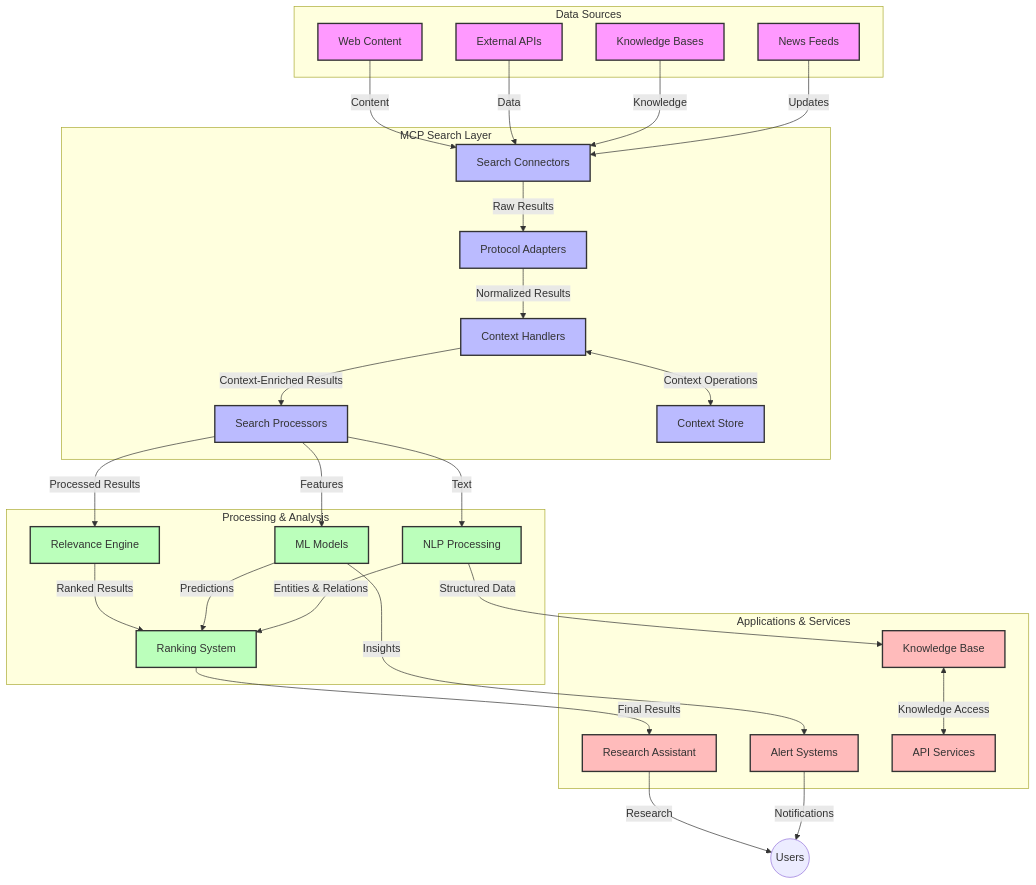
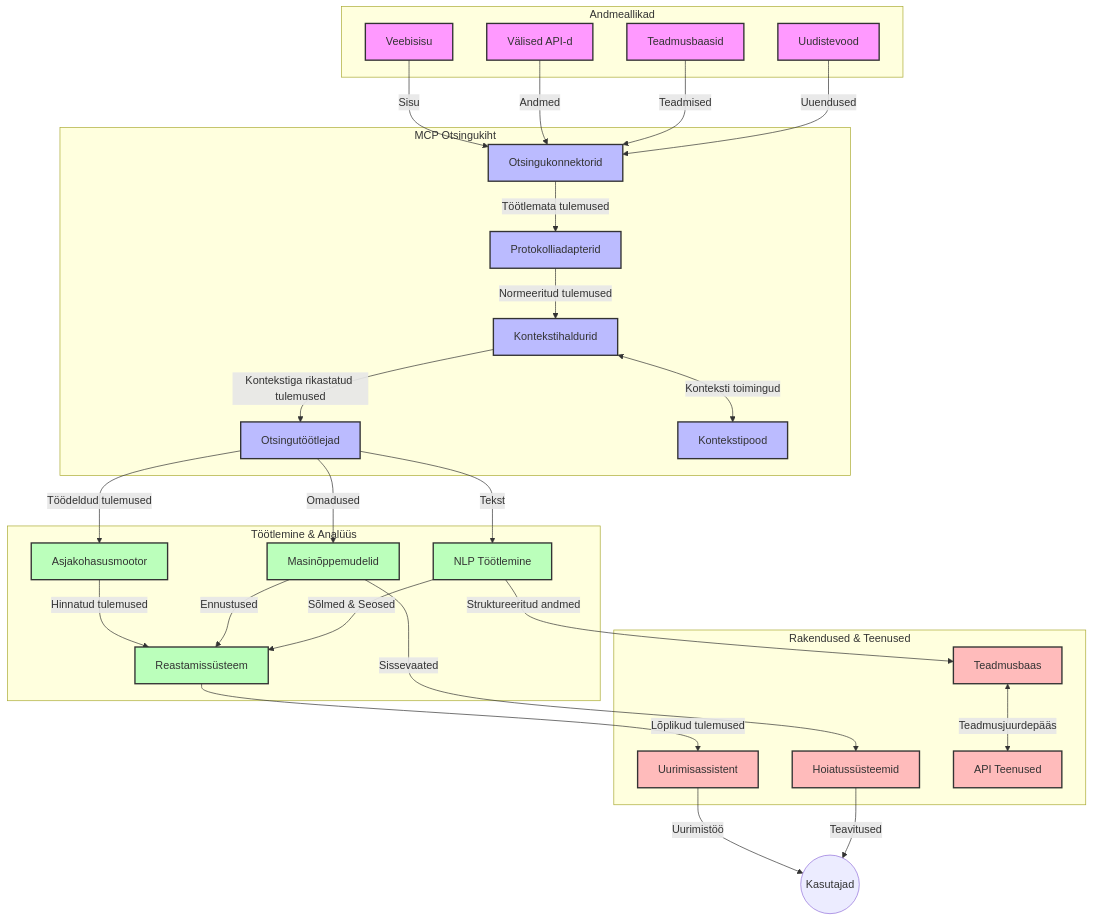
One commit to HIDORAKAI002/ai-workspace-archive changed the first of 4 diagrams in mcp_ecosystem__model_context_protocol/mcp_learning_resources/mcp-for-beginners/translations/et/05-AdvancedTopics/mcp-realtimesearch/README.md. Above: the diagram before and after it, drawn with Mermaid. The commit also changed other lines of this file and 1539 other files, not shown here.

````diff
--- a/mcp_ecosystem__model_context_protocol/mcp_learning_resources/mcp-for-beginners/translations/et/05-AdvancedTopics/mcp-realtimesearch/README.md
+++ b/mcp_ecosystem__model_context_protocol/mcp_learning_resources/mcp-for-beginners/translations/et/05-AdvancedTopics/mcp-realtimesearch/README.md
@@ -109,66 +109,66 @@
 ```mermaid
 graph TD
-    subgraph "Data Sources"
-        Web[Web Content]
-        APIs[External APIs]
-        DB[Knowledge Bases]
-        News[News Feeds]
+    subgraph "Andmeallikad"
+        Web[Veebisisu]
+        APIs[Välised API-d]
+        DB[Teadmusbaasid]
+        News[Uudistevood]
     end
 
-    subgraph "MCP Search Layer"
-        SC[Search Connectors]
-        PA[Protocol Adapters]
-        CH[Context Handlers]
-        SP[Search Processors]
-        CS[Context Store]
+    subgraph "MCP Otsingukiht"
+        SC[Otsingukonnektorid]
+        PA[Protokolliadapterid]
+        CH[Kontekstihaldurid]
+        SP[Otsingutöötlejad]
+        CS[Kontekstipood]
     end
 
-    subgraph "Processing & Analysis"
-        RE[Relevance Engine]
-        ML[ML Models]
-        NLP[NLP Processing]
-        Rank[Ranking System]
+    subgraph "Töötlemine & Analüüs"
+        RE[Asjakohasusmootor]
+        ML[Masinõppemudelid]
+        NLP[NLP Töötlemine]
+        Rank[Reastamissüsteem]
     end
 
-    subgraph "Applications & Services"
-        RA[Research Assistant]
-        Alerts[Alert Systems]
-        KB[Knowledge Base]
-        API[API Services]
+    subgraph "Rakendused & Teenused"
+        RA[Uurimisassistent]
+        Alerts[Hoiatussüsteemid]
+        KB[Teadmusbaas]
+        API[API Teenused]
     end
 
-    Web -->|Content| SC
-    APIs -->|Data| SC
-    DB -->|Knowledge| SC
-    News -->|Updates| SC
+    Web -->|Sisu| SC
+    APIs -->|Andmed| SC
+    DB -->|Teadmised| SC
+    News -->|Uuendused| SC
     
-    SC -->|Raw Results| PA
-    PA -->|Normalized Results| CH
-    CH <-->|Context Operations| CS
-    CH -->|Context-Enriched Results| SP
-    SP -->|Processed Results| RE
-    SP -->|Features| ML
-    SP -->|Text| NLP
+    SC -->|Töötlemata tulemused| PA
+    PA -->|Normeeritud tulemused| CH
+    CH <-->|Konteksti toimingud| CS
+    CH -->|Kontekstiga rikastatud tulemused| SP
+    SP -->|Töödeldud tulemused| RE
+    SP -->|Omadused| ML
+    SP -->|Tekst| NLP
     
-    RE -->|Ranked Results| Rank
-    ML -->|Predictions| Rank
-    NLP -->|Entities & Relations| Rank
+    RE -->|Hinnatud tulemused| Rank
+    ML -->|Ennustused| Rank
+    NLP -->|Sõlmed & Seosed| Rank
     
-    Rank -->|Final Results| RA
-    ML -->|Insights| Alerts
-    NLP -->|Structured Data| KB
+    Rank -->|Lõplikud tulemused| RA
+    ML -->|Sissevaated| Alerts
+    NLP -->|Struktureeritud andmed| KB
     
-    RA -->|Research| Users((Users))
-    Alerts -->|Notifications| Users
-    KB <-->|Knowledge Access| API
+    RA -->|Uurimistöö| Users((Kasutajad))
+    Alerts -->|Teavitused| Users
+    KB <-->|Teadmusjuurdepääs| API
     
     classDef sources fill:#f9f,stroke:#333,stroke-width:2px
     classDef mcp fill:#bbf,stroke:#333,stroke-width:2px
     classDef processing fill:#bfb,stroke:#333,stroke-width:2px
     classDef apps fill:#fbb,stroke:#333,stroke-width:2px
     
     class Web,APIs,DB,News sources
     class SC,PA,CH,SP,CS mcp
     class RE,ML,NLP,Rank processing
     class RA,Alerts,KB,API apps
 ```
````
